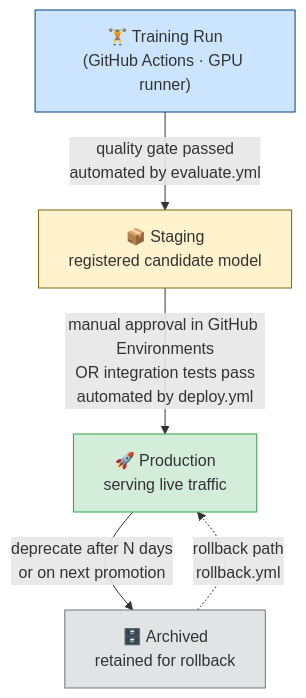
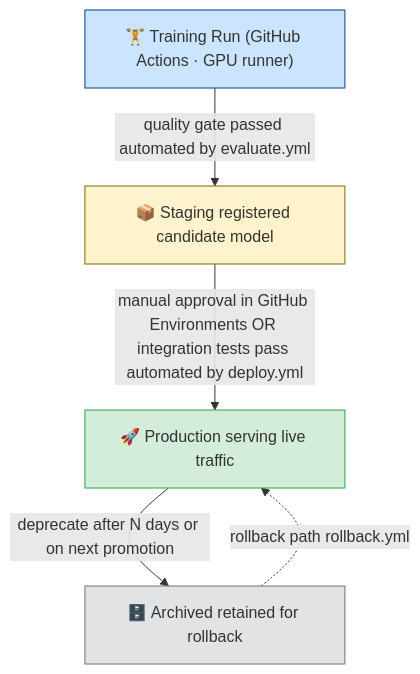
One commit to theja-vanka/blogs changed the second of 3 diagrams in posts/deployment/github-mlflow/index.qmd. Above: the diagram before and after it, drawn with Mermaid. The commit also changed other lines of this file and 96 other files, not shown here.

````diff
--- a/posts/deployment/github-mlflow/index.qmd
+++ b/posts/deployment/github-mlflow/index.qmd
@@ -528,22 +513,22 @@
 ```{mermaid}
 %%| label: fig-promotion-ladder
 %%| fig-cap: "MLFlow model registry stage promotion pipeline"
 %%| echo: false
 
 flowchart TD
-    RUN["🏋️ Training Run\n(GitHub Actions · GPU runner)"]
-    STAGING["📦 Staging\nregistered candidate model"]
-    PRODUCTION["🚀 Production\nserving live traffic"]
-    ARCHIVED["🗄️ Archived\nretained for rollback"]
+    RUN["🏋️ Training Run (GitHub Actions · GPU runner)"]
+    STAGING["📦 Staging registered candidate model"]
+    PRODUCTION["🚀 Production serving live traffic"]
+    ARCHIVED["🗄️ Archived retained for rollback"]
 
-    RUN -->|"quality gate passed\nautomated by evaluate.yml"| STAGING
-    STAGING -->|"manual approval in GitHub Environments\nOR integration tests pass\nautomated by deploy.yml"| PRODUCTION
-    PRODUCTION -->|"deprecate after N days\nor on next promotion"| ARCHIVED
+    RUN -->|"quality gate passed automated by evaluate.yml"| STAGING
+    STAGING -->|"manual approval in GitHub Environments OR integration tests pass automated by deploy.yml"| PRODUCTION
+    PRODUCTION -->|"deprecate after N days or on next promotion"| ARCHIVED
 
-    ARCHIVED -.->|"rollback path\nrollback.yml"| PRODUCTION
+    ARCHIVED -.->|"rollback path rollback.yml"| PRODUCTION
 
     style RUN      fill:#cce5ff,stroke:#004085
     style STAGING  fill:#fff3cd,stroke:#856404
     style PRODUCTION fill:#d4edda,stroke:#28a745
     style ARCHIVED fill:#e2e3e5,stroke:#6c757d
 ```
````
